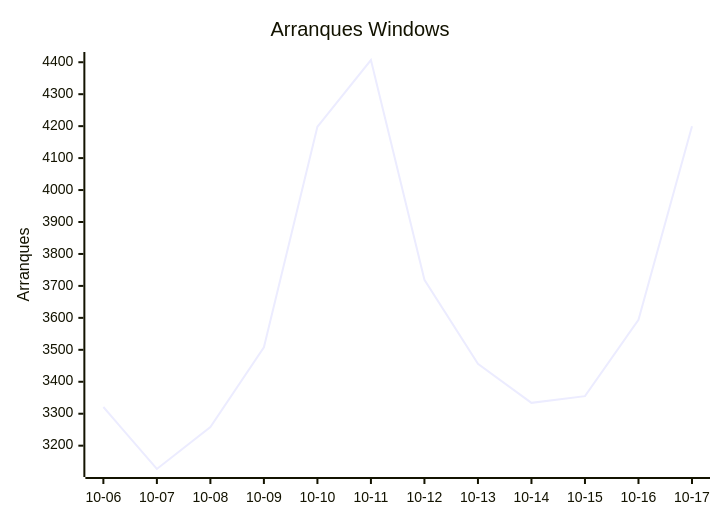
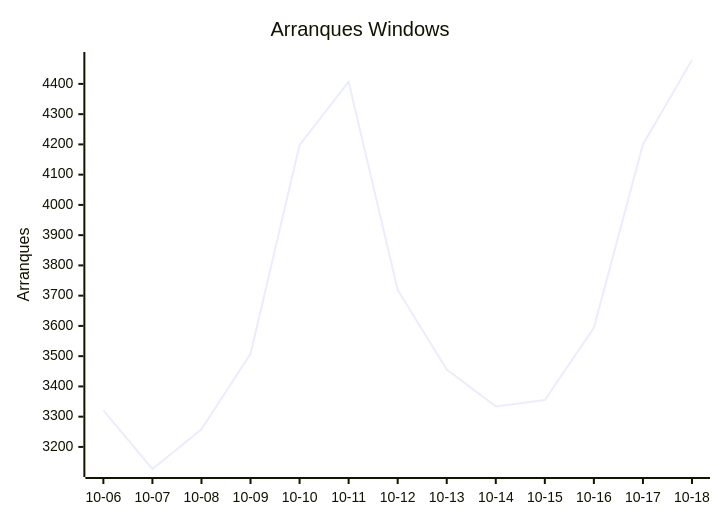
The third of 8 diagrams in README.md (EmuDeck/stats), drawn with Mermaid before and after one commit. The commit also changed other lines of this file and 2 other files, not shown here.

````diff
--- a/README.md
+++ b/README.md
@@ -34,7 +34,7 @@
 ```mermaid
 xychart-beta
     title "Arranques Windows"
-    x-axis ["10-06", "10-07", "10-08", "10-09", "10-10", "10-11", "10-12", "10-13", "10-14", "10-15", "10-16", "10-17"]
+    x-axis ["10-06", "10-07", "10-08", "10-09", "10-10", "10-11", "10-12", "10-13", "10-14", "10-15", "10-16", "10-17", "10-18"]
     y-axis "Arranques"
-    line [3321, 3127, 3258, 3508, 4198, 4407, 3719, 3456, 3334, 3355, 3594, 4200]
+    line [3321, 3127, 3258, 3508, 4198, 4407, 3719, 3456, 3334, 3355, 3594, 4200, 4479]
 ```
````
